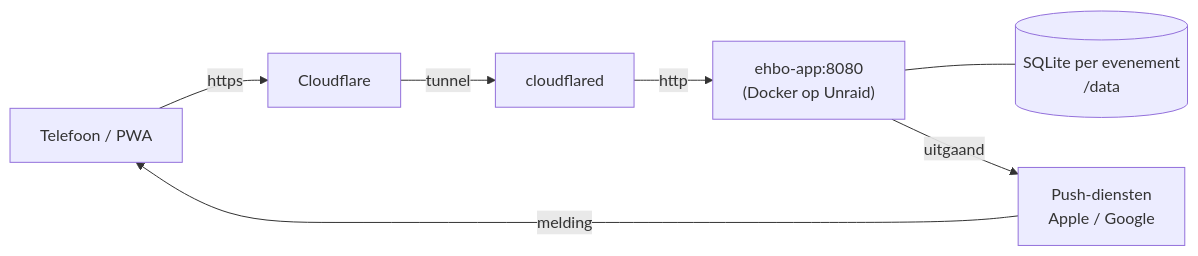
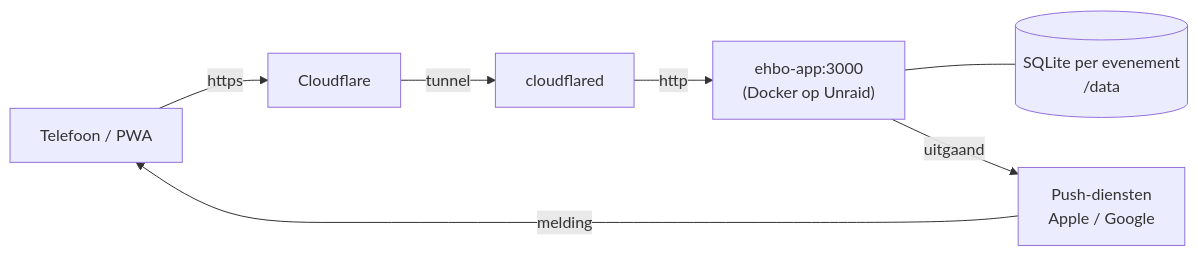
The second of 3 diagrams in docs/functioneel-ontwerp.md (groveld/ehbo-app), drawn with Mermaid before and after one commit. The commit also changed other lines of this file and 53 other files, not shown here.

````diff
--- a/docs/functioneel-ontwerp.md
+++ b/docs/functioneel-ontwerp.md
@@ -180,9 +180,9 @@
 ```mermaid
 flowchart LR
     T[Telefoon / PWA] -- https --> CF[Cloudflare]
     CF -- tunnel --> CD[cloudflared]
-    CD -- http --> A["ehbo-app:8080<br/>(Docker op Unraid)"]
+    CD -- http --> A["ehbo-app:3000<br/>(Docker op Unraid)"]
     A --- DB[(SQLite per evenement<br/>/data)]
     A -- uitgaand --> PD[Push-diensten<br/>Apple / Google]
     PD -- melding --> T
 ```
````
